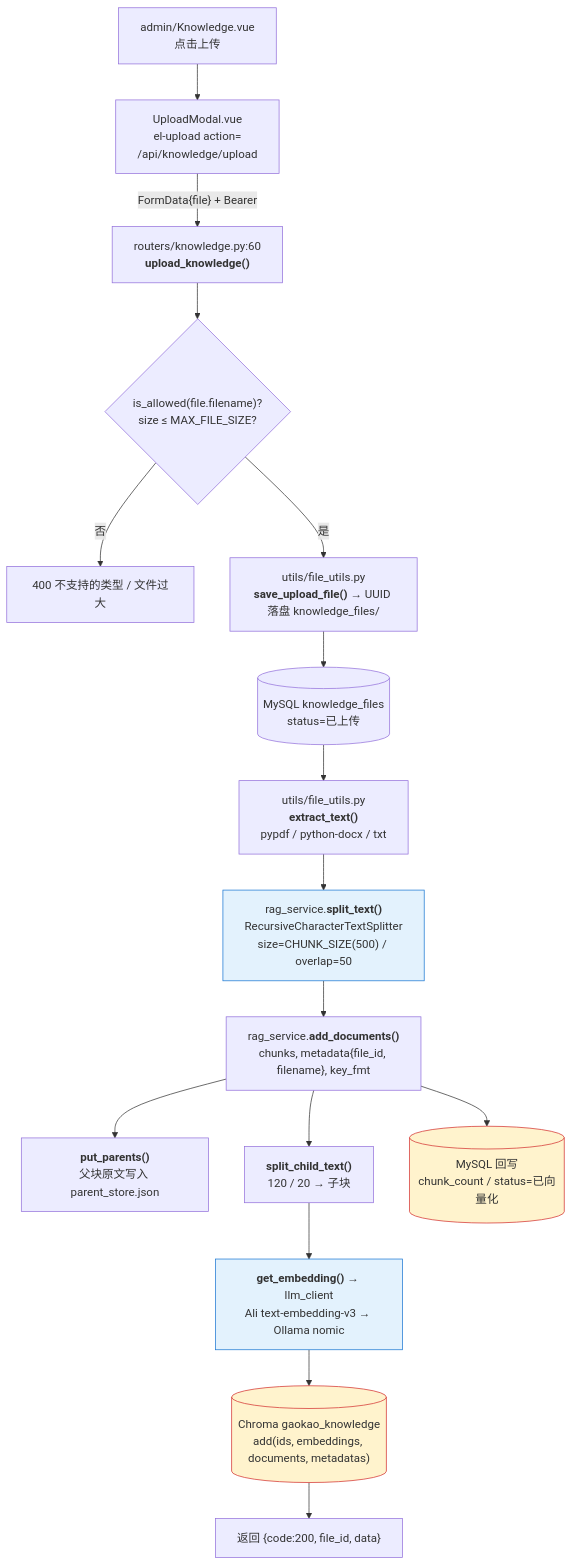
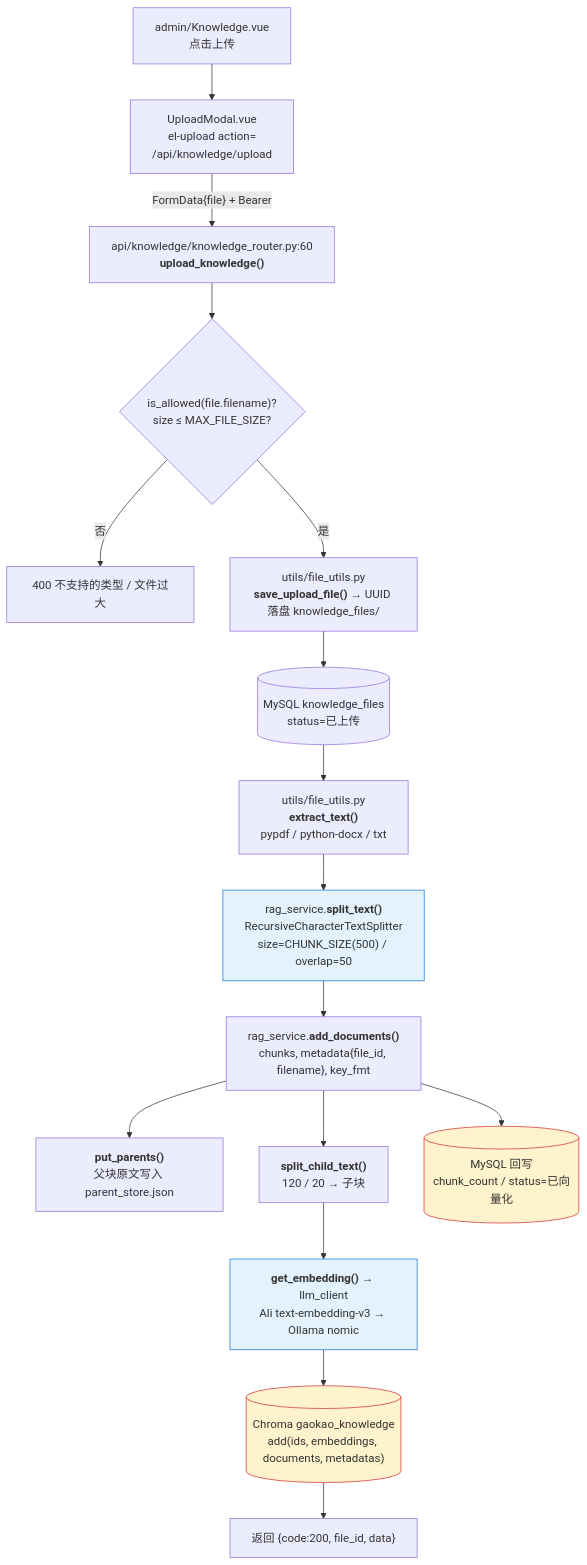
The second of 12 diagrams in README.md (TS-DE/college-application-process), drawn with Mermaid before and after one commit. The commit also changed other lines of this file and 1 other file, not shown here.

Commit message:
docs: 0.17.0 更新 CHANGELOG 与 README 目录结构（api/services/tests 三层）

````diff
--- a/README.md
+++ b/README.md
@@ -426,23 +462,23 @@
 ```mermaid
 graph TD
     A["admin/Knowledge.vue<br/>点击上传"] --> B["UploadModal.vue<br/>el-upload action=<br/>/api/knowledge/upload"]
-    B -->|"FormData{file} + Bearer"| C["routers/knowledge.py:60<br/><b>upload_knowledge()</b>"]
+    B -->|"FormData{file} + Bearer"| C["api/knowledge/knowledge_router.py:60<br/><b>upload_knowledge()</b>"]
     C --> C1{"is_allowed(file.filename)?<br/>size ≤ MAX_FILE_SIZE?"}
     C1 -->|否| C2["400 不支持的类型 / 文件过大"]
     C1 -->|是| D["utils/file_utils.py<br/><b>save_upload_file()</b> → UUID 落盘 knowledge_files/"]
     D --> E[("MySQL knowledge_files<br/>status=已上传")]
     E --> F["utils/file_utils.py<br/><b>extract_text()</b><br/>pypdf / python-docx / txt"]
     F --> G["rag_service.<b>split_text()</b><br/>RecursiveCharacterTextSplitter<br/>size=CHUNK_SIZE(500) / overlap=50"]
     G --> H["rag_service.<b>add_documents()</b><br/>chunks, metadata{file_id, filename}, key_fmt"]
     H --> I["<b>put_parents()</b><br/>父块原文写入 parent_store.json"]
     H --> J["<b>split_child_text()</b><br/>120 / 20 → 子块"]
     J --> K["<b>get_embedding()</b> → llm_client<br/>Ali text-embedding-v3 → Ollama nomic"]
     K --> L[("Chroma gaokao_knowledge<br/>add(ids, embeddings, documents, metadatas)")]
     H --> M[("MySQL 回写<br/>chunk_count / status=已向量化")]
     L --> N["返回 {code:200, file_id, data}"]
 
     style G fill:#e3f2fd,stroke:#1976d2
     style K fill:#e3f2fd,stroke:#1976d2
     style L fill:#fff3cd,stroke:#d32f2f
     style M fill:#fff3cd,stroke:#d32f2f
 ```
````
